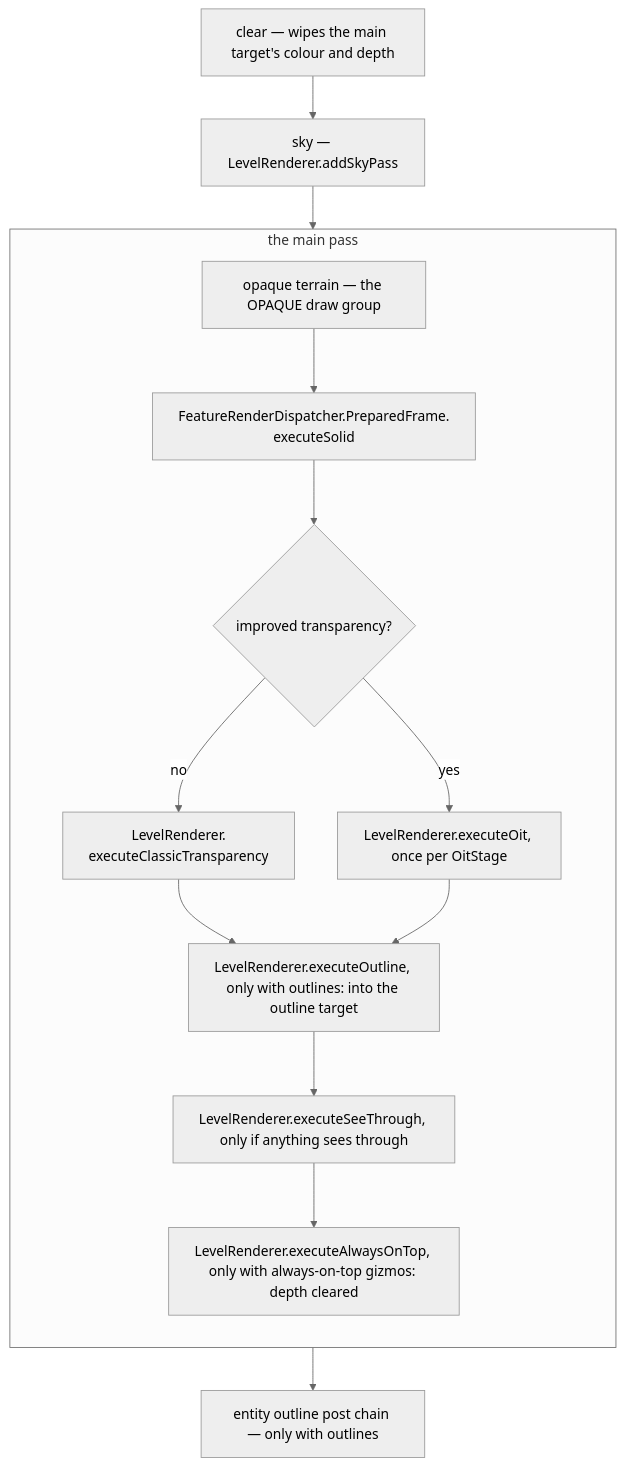
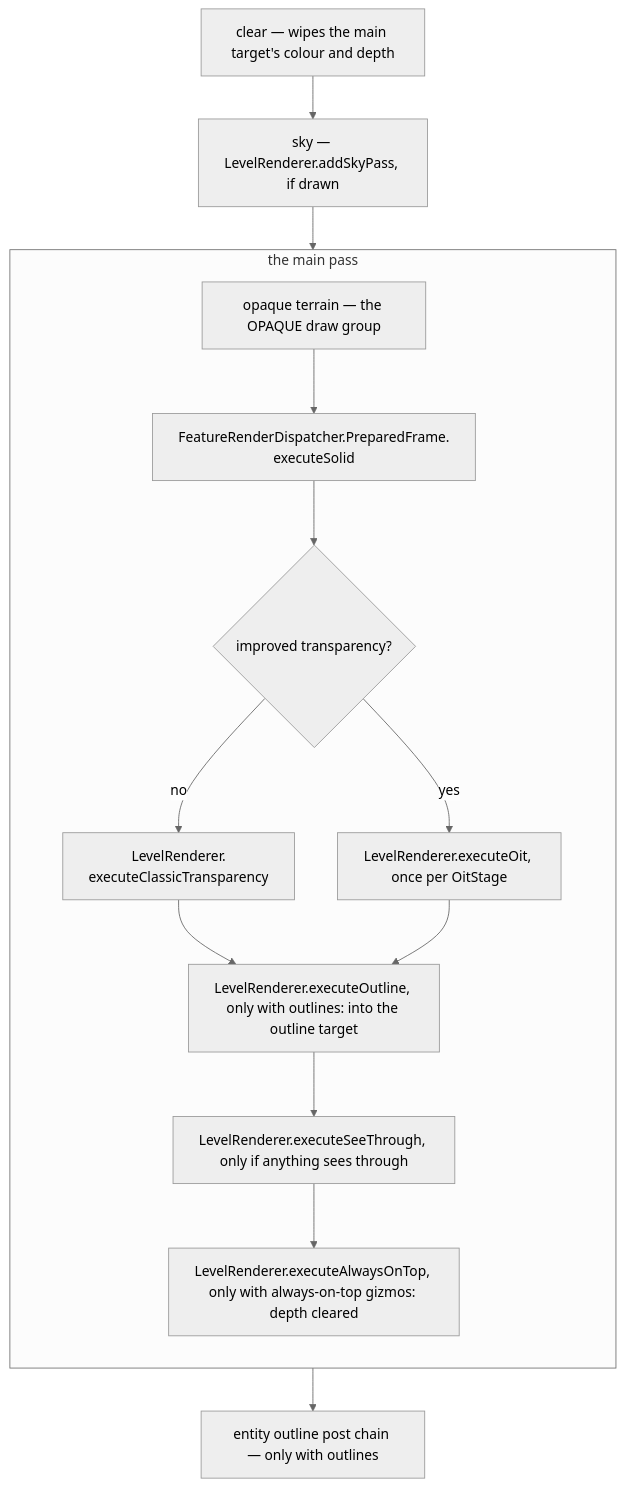
The second of 2 diagrams in src/systems/rendering/visibility-and-the-frame-graph.md (AlexanderjFraser/MinecraftDocs), drawn with Mermaid (neutral theme) before and after one commit. The commit also changed other lines of this file and 18 other files, not shown here.

````diff
--- a/src/systems/rendering/visibility-and-the-frame-graph.md
+++ b/src/systems/rendering/visibility-and-the-frame-graph.md
@@ -222,26 +216,26 @@
 ```mermaid
 flowchart TD
     CLEAR["clear — wipes the main target's colour and depth"]
-    SKY["sky — LevelRenderer.addSkyPass"]
+    SKY["sky — LevelRenderer.addSkyPass, if drawn"]
     subgraph MAIN ["the main pass"]
         direction TB
         T1["opaque terrain — the OPAQUE draw group"]
         T2["FeatureRenderDispatcher.PreparedFrame.<br/>executeSolid"]
         D{"improved transparency?"}
         T3["LevelRenderer.<br/>executeClassicTransparency"]
         T4["LevelRenderer.executeOit, once per OitStage"]
         T5["LevelRenderer.executeOutline, only with outlines: into the outline target"]
         T6["LevelRenderer.executeSeeThrough, only if anything sees through"]
         T7["LevelRenderer.executeAlwaysOnTop, only with always-on-top gizmos: depth cleared"]
         T1 --> T2 --> D
         D -->|"no"| T3
         D -->|"yes"| T4
         T3 --> T5
         T4 --> T5
         T5 --> T6 --> T7
     end
     OUT["entity outline post chain — only with outlines"]
     CLEAR --> SKY
     SKY --> MAIN
     MAIN --> OUT
 ```
````
